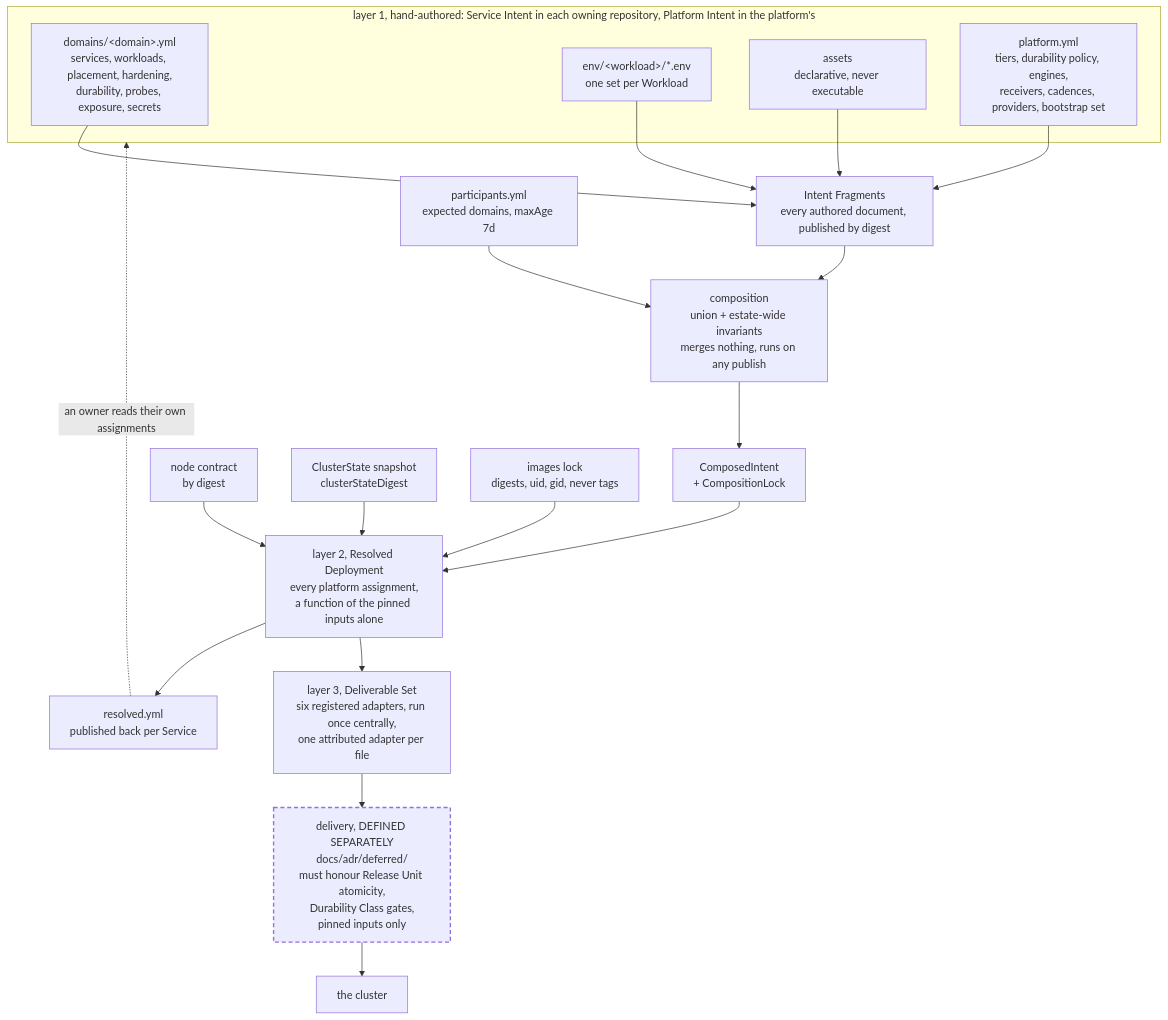
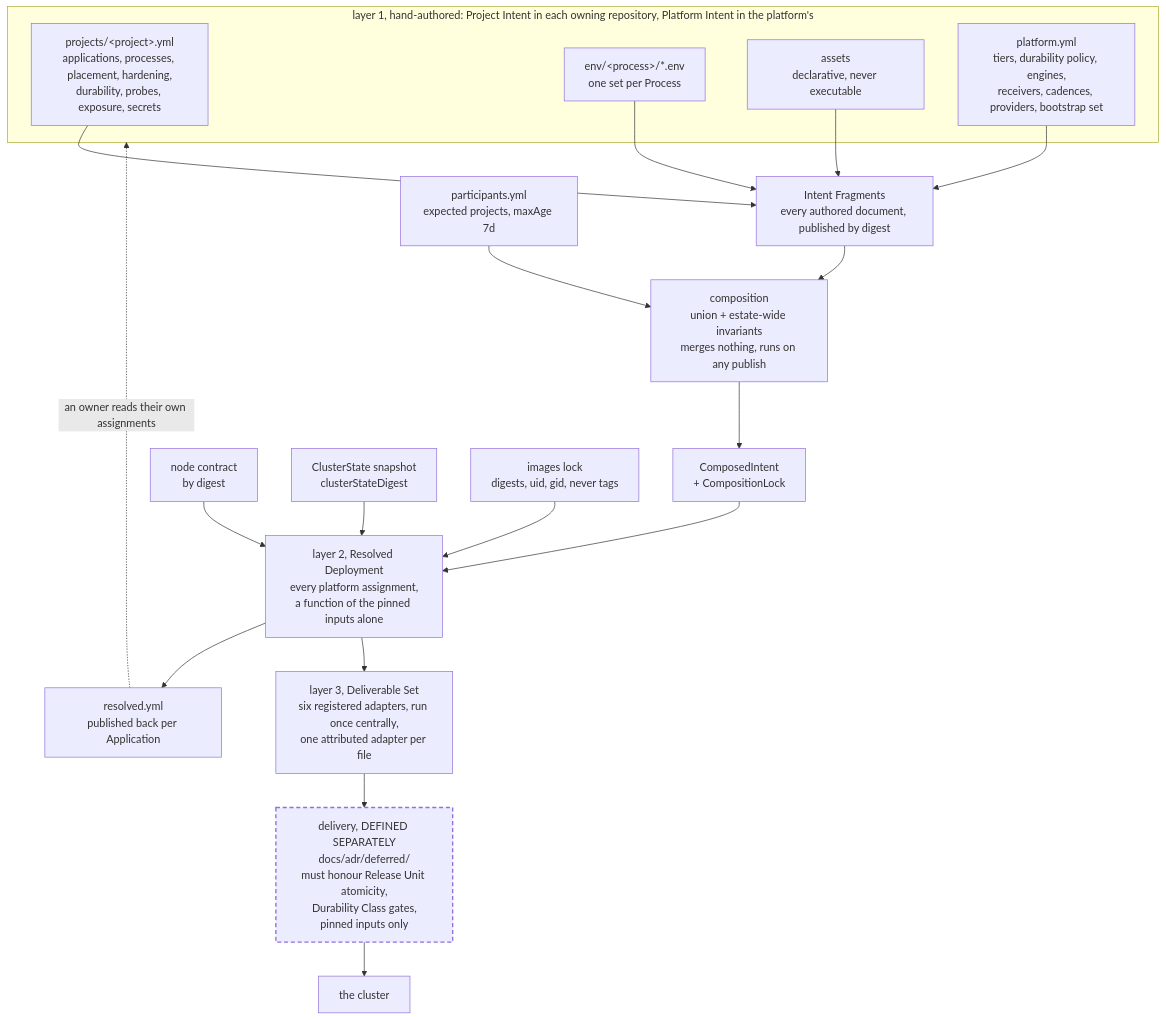
The diagram in spec/v1/00-overview.md (JorisJonkers-dev/deploy-kit), drawn with Mermaid before and after one commit. The commit also changed other lines of this file and 169 other files, not shown here.

Commit message:
refactor: rename the authored hierarchy to Project, Application and Process (#100)

````diff
--- a/spec/v1/00-overview.md
+++ b/spec/v1/00-overview.md
@@ -418,34 +418,34 @@
 ```mermaid
 flowchart TB
-    subgraph AUTH["layer 1, hand-authored: Service Intent in each owning repository, Platform Intent in the platform's"]
-        a1["domains/&lt;domain&gt;.yml<br/>services, workloads, placement, hardening,<br/>durability, probes, exposure, secrets"]
-        a2["env/&lt;workload&gt;/*.env<br/>one set per Workload"]
+    subgraph AUTH["layer 1, hand-authored: Project Intent in each owning repository, Platform Intent in the platform's"]
+        a1["projects/&lt;project&gt;.yml<br/>applications, processes, placement, hardening,<br/>durability, probes, exposure, secrets"]
+        a2["env/&lt;process&gt;/*.env<br/>one set per Process"]
         a3["assets<br/>declarative, never executable"]
         a5["platform.yml<br/>tiers, durability policy, engines,<br/>receivers, cadences, providers, bootstrap set"]
     end
 
     a1 --> FR["Intent Fragments<br/>every authored document, published by digest"]
     a2 --> FR
     a3 --> FR
     a5 --> FR
 
     FR --> CO["composition<br/>union + estate-wide invariants<br/>merges nothing, runs on any publish"]
-    PAR["participants.yml<br/>expected domains, maxAge 7d"] --> CO
+    PAR["participants.yml<br/>expected projects, maxAge 7d"] --> CO
     CO --> CI["ComposedIntent<br/>+ CompositionLock"]
 
     CI --> RES["layer 2, Resolved Deployment<br/>every platform assignment,<br/>a function of the pinned inputs alone"]
     NC["node contract<br/>by digest"] --> RES
     CS["ClusterState snapshot<br/>clusterStateDigest"] --> RES
     IL["images lock<br/>digests, uid, gid, never tags"] --> RES
 
-    RES --> RS["resolved.yml<br/>published back per Service"]
+    RES --> RS["resolved.yml<br/>published back per Application"]
     RES --> DS["layer 3, Deliverable Set<br/>six registered adapters, run once centrally,<br/>one attributed adapter per file"]
 
     DS --> DEL["delivery, DEFINED SEPARATELY<br/>docs/adr/deferred/<br/>must honour Release Unit atomicity,<br/>Durability Class gates,<br/>pinned inputs only"]
     DEL --> K["the cluster"]
 
     RS -.->|"an owner reads their own assignments"| AUTH
 
     classDef separate stroke-width:2px,stroke-dasharray:6 4;
     class DEL separate;
 ```
````
